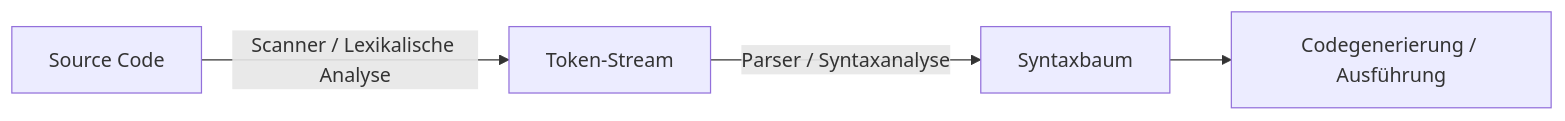
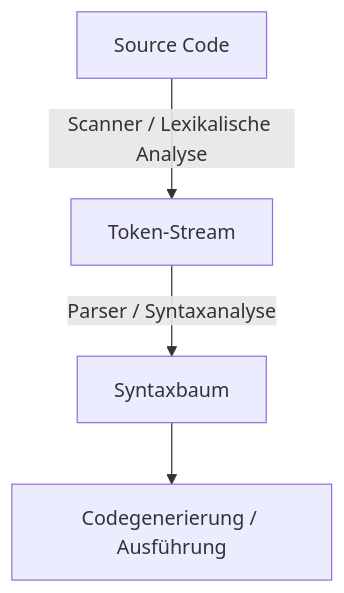
The second of 2 diagrams in informatik/programmiersprachen.md (jellybrigade/wikijs), drawn with Mermaid before and after one commit. The commit also changed 2 other files, not shown here.

Commit message:
Improvements

````diff
--- a/informatik/programmiersprachen.md
+++ b/informatik/programmiersprachen.md
@@ -58,6 +58,6 @@
 ```mermaid
-flowchart LR
+flowchart TD
     SC[Source Code] -->|Scanner / Lexikalische Analyse| TOK[Token-Stream]
     TOK -->|Parser / Syntaxanalyse| AST[Syntaxbaum]
     AST --> EXE[Codegenerierung / Ausführung]
 ```
````
